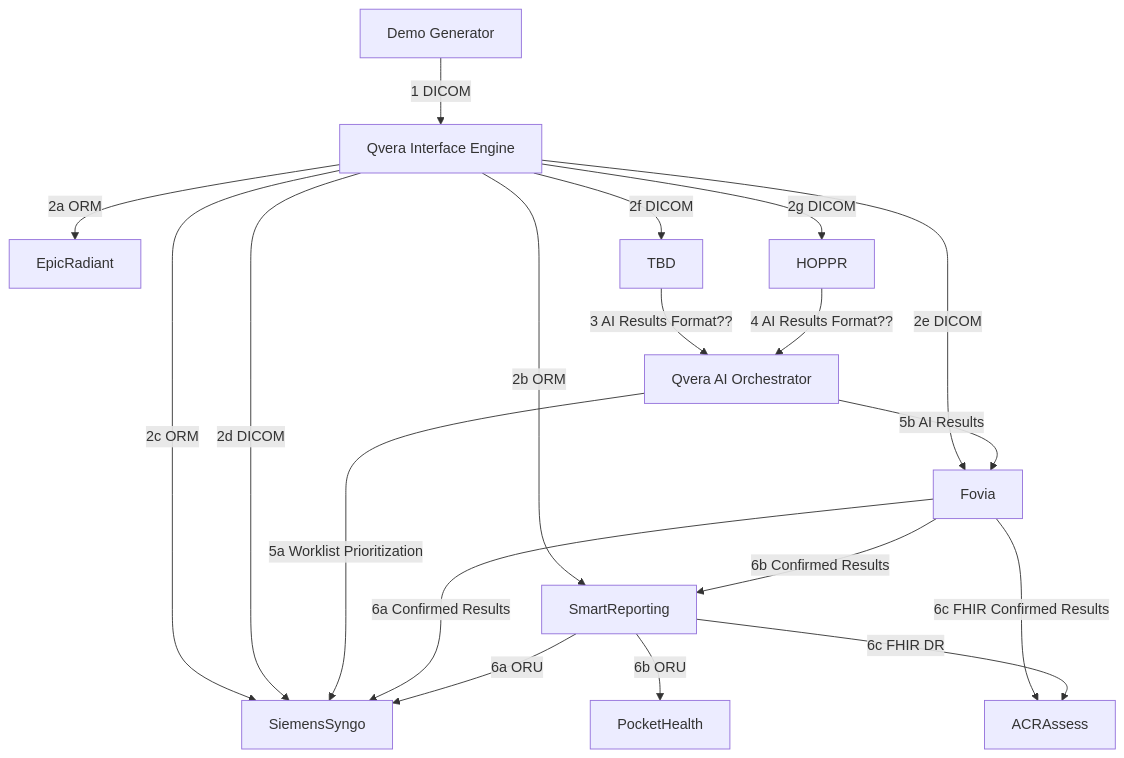
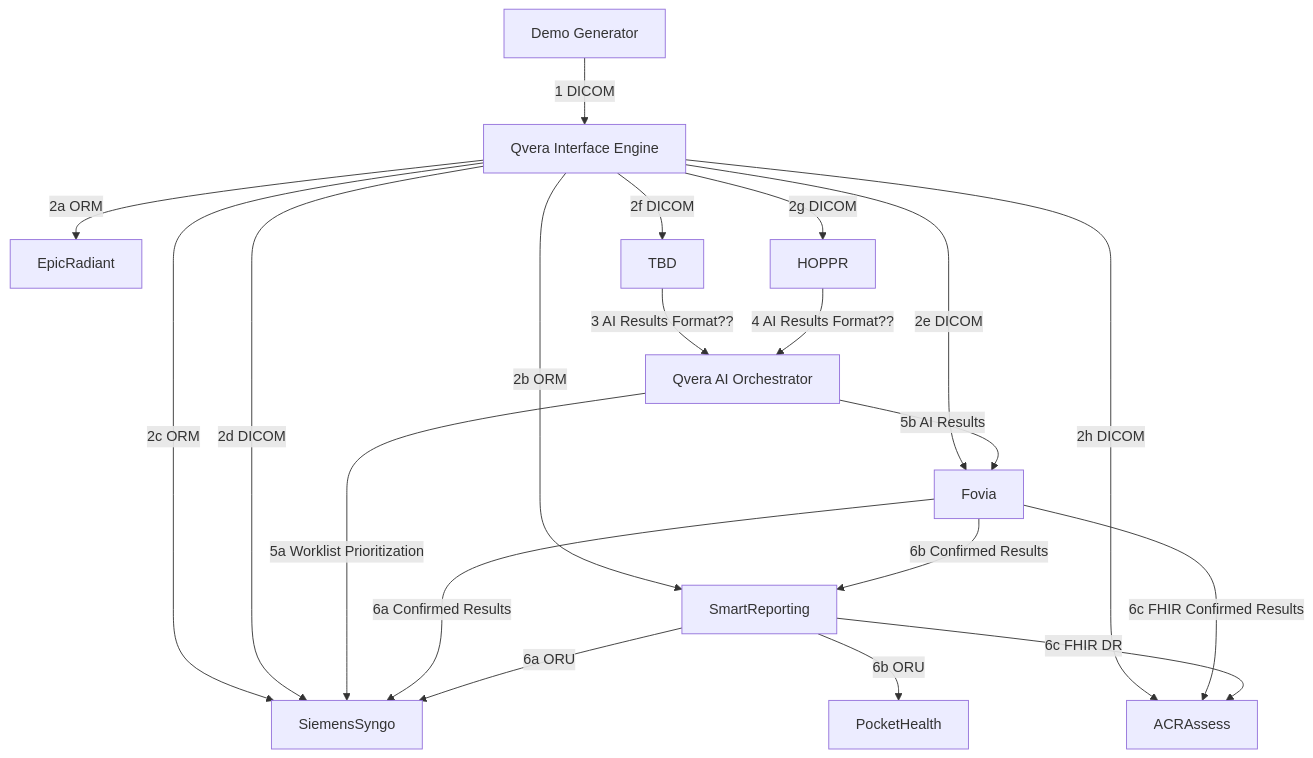
The diagram in curie/diagram-chest-ct.md (mohannadhussain/rsna-2024-rr-demo), drawn with Mermaid before and after one commit.

````diff
--- a/curie/diagram-chest-ct.md
+++ b/curie/diagram-chest-ct.md
@@ -4,27 +4,28 @@
 ```mermaid
 flowchart TD
     Generator[Demo Generator] --> |1 DICOM| QveraIE[Qvera Interface Engine]
 
     QveraIE --> |2a ORM| EpicRadiant
     QveraIE --> |2b ORM| SmartReporting
     QveraIE --> |2c ORM| SiemensSyngo
     QveraIE --> |2d DICOM| SiemensSyngo
     QveraIE --> |2e DICOM| Fovia
     QveraIE --> |2f DICOM| TBD
     QveraIE --> |2g DICOM| HOPPR
+    QveraIE --> |2h DICOM| ACRAssess
     
     TBD --> |3 AI Results Format??| QveraAIO[Qvera AI Orchestrator]
 
     HOPPR --> |4 AI Results Format??| QveraAIO
 
     QveraAIO --> |5a Worklist Prioritization| SiemensSyngo
     QveraAIO --> |5b AI Results| Fovia
 
     Fovia --> |6a Confirmed Results| SiemensSyngo
     Fovia --> |6b Confirmed Results| SmartReporting
     Fovia --> |6c FHIR Confirmed Results| ACRAssess
 
     SmartReporting --> |6a ORU| SiemensSyngo
     SmartReporting --> |6b ORU| PocketHealth
     SmartReporting --> |6c FHIR DR| ACRAssess
 ```
````
